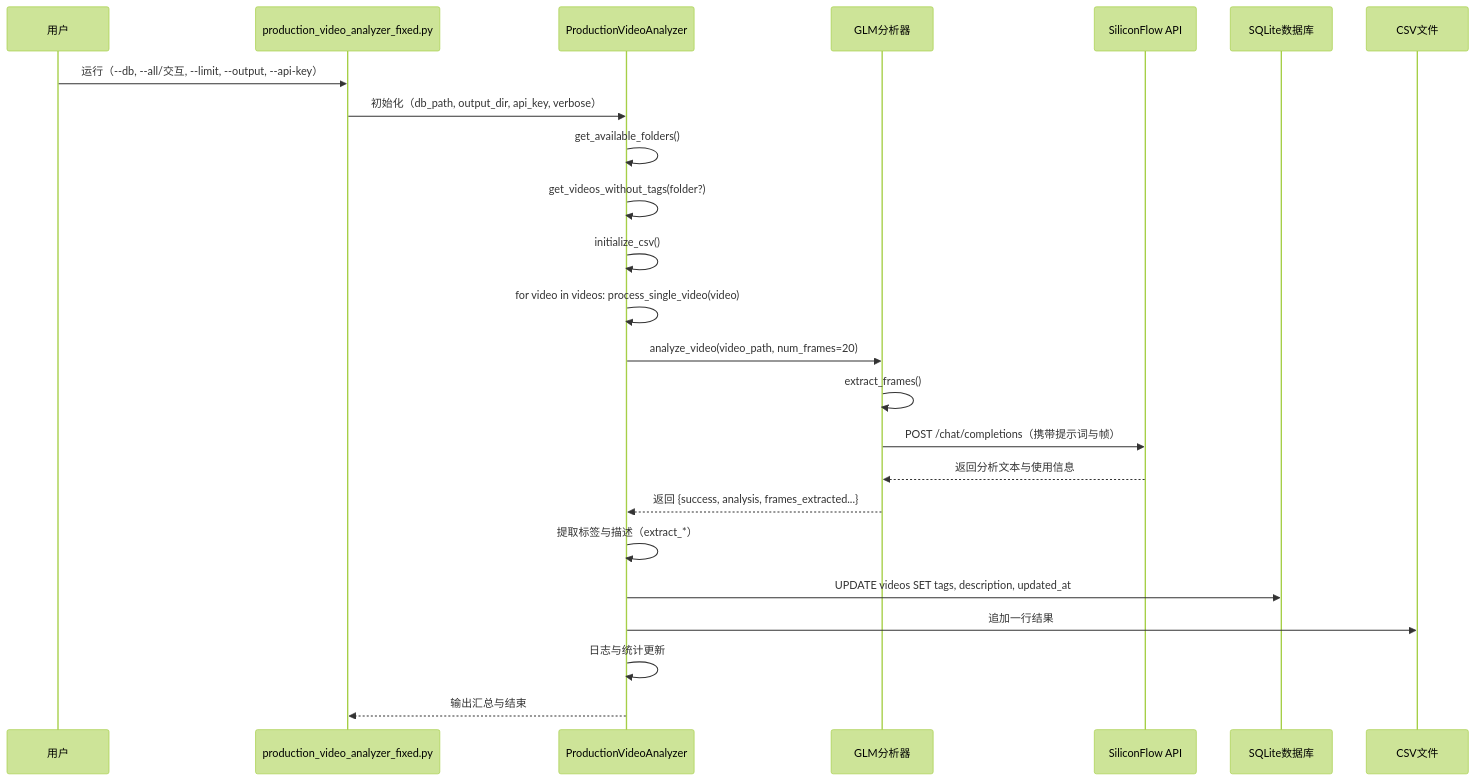
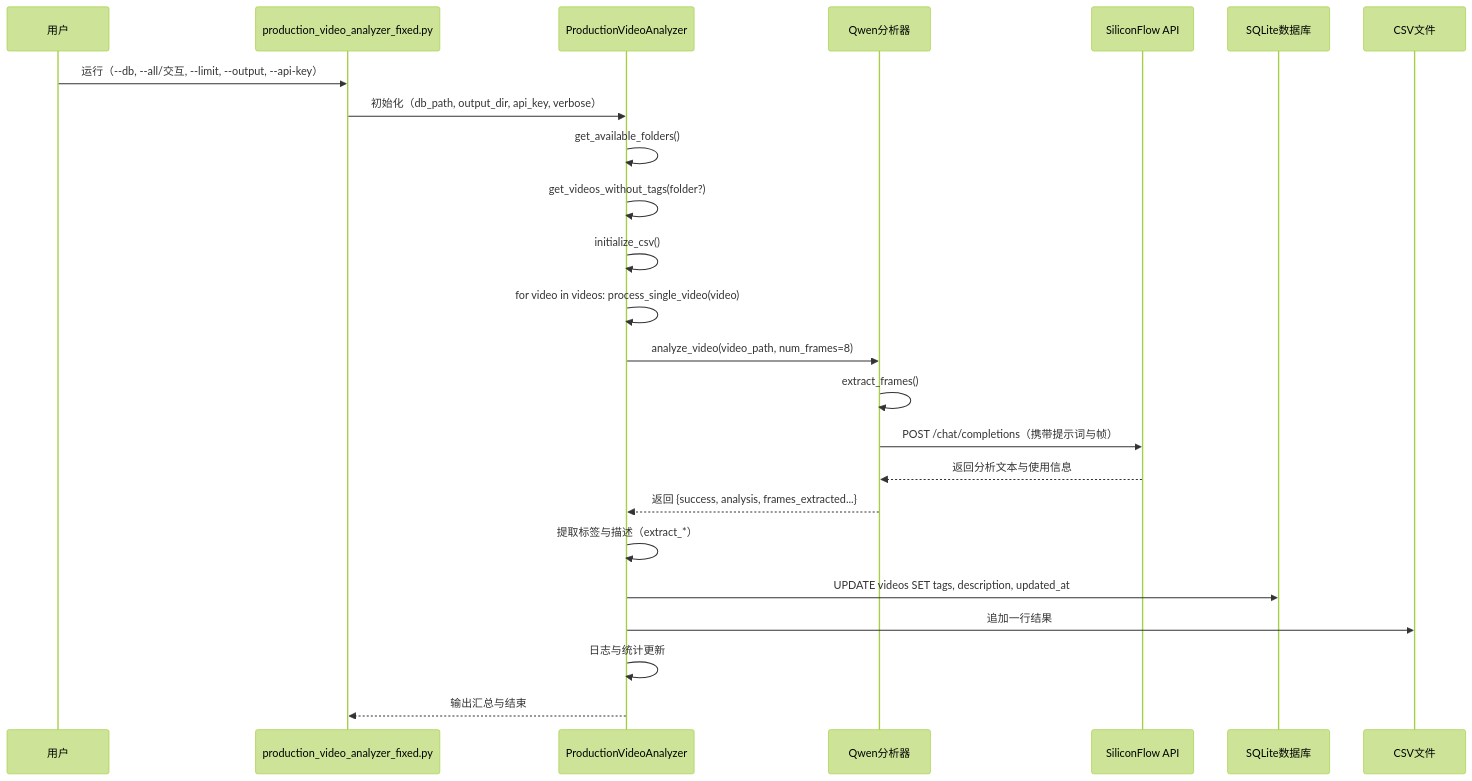
Before and after one commit to firewelly/media-library-manager: the second of 2 diagrams in video_analyzer/README.md, drawn with Mermaid (forest theme). The commit also changed other lines of this file and 6 other files, not shown here.

````diff
--- a/video_analyzer/README.md
+++ b/video_analyzer/README.md
@@ -134,27 +152,27 @@
 ```mermaid
 sequenceDiagram
     participant User as 用户
     participant Main as production_video_analyzer_fixed.py
     participant PV as ProductionVideoAnalyzer
-    participant VA as GLM分析器
+    participant VA as Qwen分析器
     participant SF as SiliconFlow API
     participant DB as SQLite数据库
     participant CSV as CSV文件
 
     User->>Main: 运行（--db, --all/交互, --limit, --output, --api-key）
     Main->>PV: 初始化（db_path, output_dir, api_key, verbose）
     PV->>PV: get_available_folders()
     PV->>PV: get_videos_without_tags(folder?)
     PV->>PV: initialize_csv()
     PV->>PV: for video in videos: process_single_video(video)
-    PV->>VA: analyze_video(video_path, num_frames=20)
+    PV->>VA: analyze_video(video_path, num_frames=8)
     VA->>VA: extract_frames()
     VA->>SF: POST /chat/completions（携带提示词与帧）
     SF-->>VA: 返回分析文本与使用信息
     VA-->>PV: 返回 {success, analysis, frames_extracted...}
     PV->>PV: 提取标签与描述（extract_*）
     PV->>DB: UPDATE videos SET tags, description, updated_at
     PV->>CSV: 追加一行结果
     PV->>PV: 日志与统计更新
     PV-->>Main: 输出汇总与结束
 ```
````
